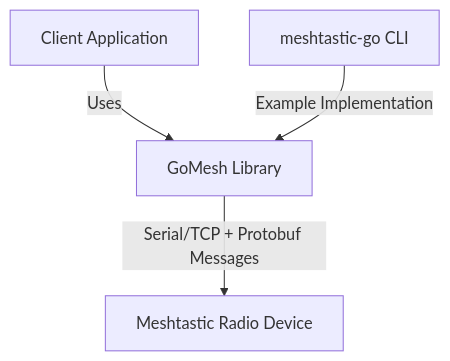
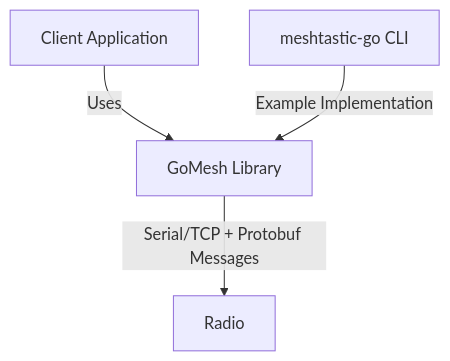
Before and after one commit to gherlein/goMesh: the first of 5 diagrams in DESIGN.md, drawn with Mermaid. The commit also changed other lines of this file, not shown here.

````diff
--- a/DESIGN.md
+++ b/DESIGN.md
@@ -7,6 +7,6 @@
 ```mermaid
 graph TD
     A[Client Application] -->|Uses| B[GoMesh Library]
-    B -->|Serial/TCP + Protobuf Messages| C[Meshtastic Radio Device]
+    B -->|Serial/TCP + Protobuf Messages| C[Radio]
     E[meshtastic-go CLI] -->|Example Implementation| B
 ```
````
